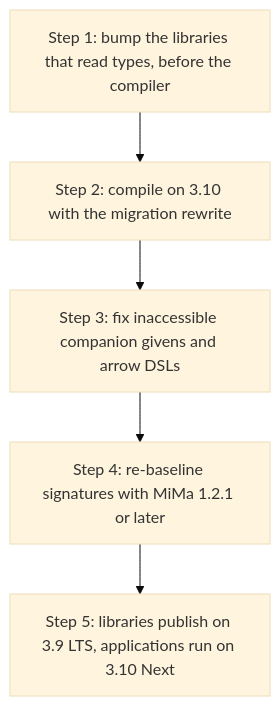
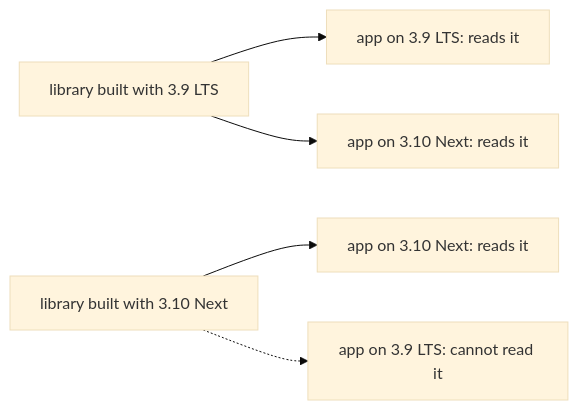
Before and after one commit to yurii-mysak/scala-training-docs: the diagram in dojo/lessons/assets/2026-10-13-2-2.mmd, drawn with Mermaid (base theme). The commit also changed 95 other files, not shown here.

First line of the commit message:
dojo: Show-by-example and Visual rules; charts, source figures, Dojo image assets; 7 open lessons reworked

```diff
--- a/dojo/lessons/assets/2026-10-13-2-2.mmd
+++ b/dojo/lessons/assets/2026-10-13-2-2.mmd
@@ -1,5 +1,5 @@
-flowchart TD
-  S1["Step 1: bump the libraries that read types, before the compiler"] --> S2["Step 2: compile on 3.10 with the migration rewrite"]
-  S2 --> S3["Step 3: fix inaccessible companion givens and arrow DSLs"]
-  S3 --> S4["Step 4: re-baseline signatures with MiMa 1.2.1 or later"]
-  S4 --> S5["Step 5: libraries publish on 3.9 LTS, applications run on 3.10 Next"]
+flowchart LR
+  L39["library built with 3.9 LTS"] --> A39["app on 3.9 LTS: reads it"]
+  L39 --> A310["app on 3.10 Next: reads it"]
+  L310["library built with 3.10 Next"] --> B310["app on 3.10 Next: reads it"]
+  L310 -.-> B39["app on 3.9 LTS: cannot read it"]
```
